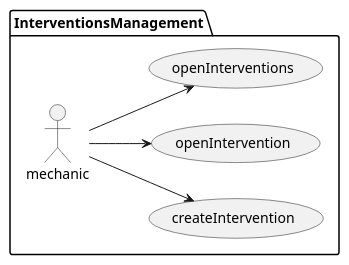
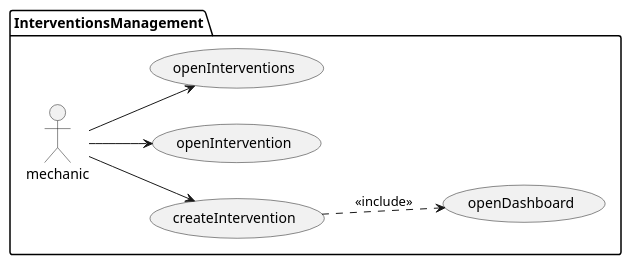
The diagram in documentation/1requiremets/usecases/puml/interventionUsecases.puml (Ruskab/agrimManager), drawn with PlantUML before and after one commit. The commit also changed 8 other files, not shown here.

```diff
--- a/documentation/1requiremets/usecases/puml/interventionUsecases.puml
+++ b/documentation/1requiremets/usecases/puml/interventionUsecases.puml
@@ -1,10 +1,11 @@
 @startuml
 left to right direction
 
 
 package InterventionsManagement {
 :mechanic: --> (createIntervention)
+(createIntervention) ..> (openDashboard) : <<include>>
 :mechanic: --> (openIntervention)
 :mechanic: --> (openInterventions)
 }
 @enduml
```
